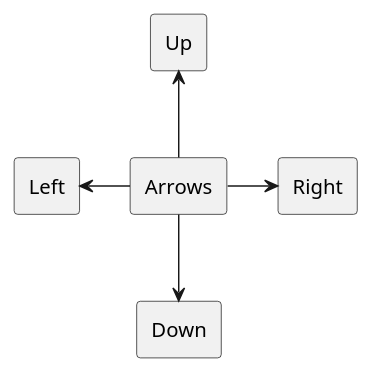
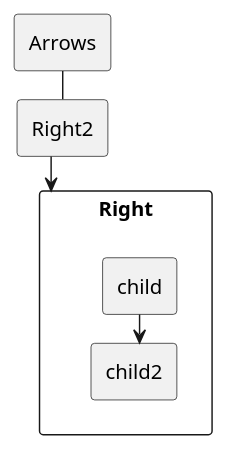
One commit to IngridAtMicrosoft/DocsContent changed the diagram in singlesource/includes/directions.puml. Above: the diagram before and after it, drawn with PlantUML. The commit also changed 2 other files, not shown here.

```diff
--- a/singlesource/includes/directions.puml
+++ b/singlesource/includes/directions.puml
@@ -1,14 +1,26 @@
 @startuml
 
+skinparam Linetype ortho
+'skinparam nodesep 10
+skinparam ranksep 20
+
 rectangle Arrows
-rectangle Up
-rectangle Down
-rectangle Left
-rectangle Right
+'rectangle Up
+'rectangle Down
+'rectangle Left
+together {
+    rectangle Right {
+        rectangle child 
+        rectangle child2
+        child -d-> child2
+    }
+rectangle Right2
+}
 
-Arrows -u-> Up 
-Arrows -d-> Down
-Arrows -l-> Left
-Arrows -r-> Right
+'Arrows -u-> Up 
+'Arrows -d-> Down
+'Arrows -l-> Left
+Arrows -d- Right2
+Right2 -d-> Right
 
 @enduml
```
